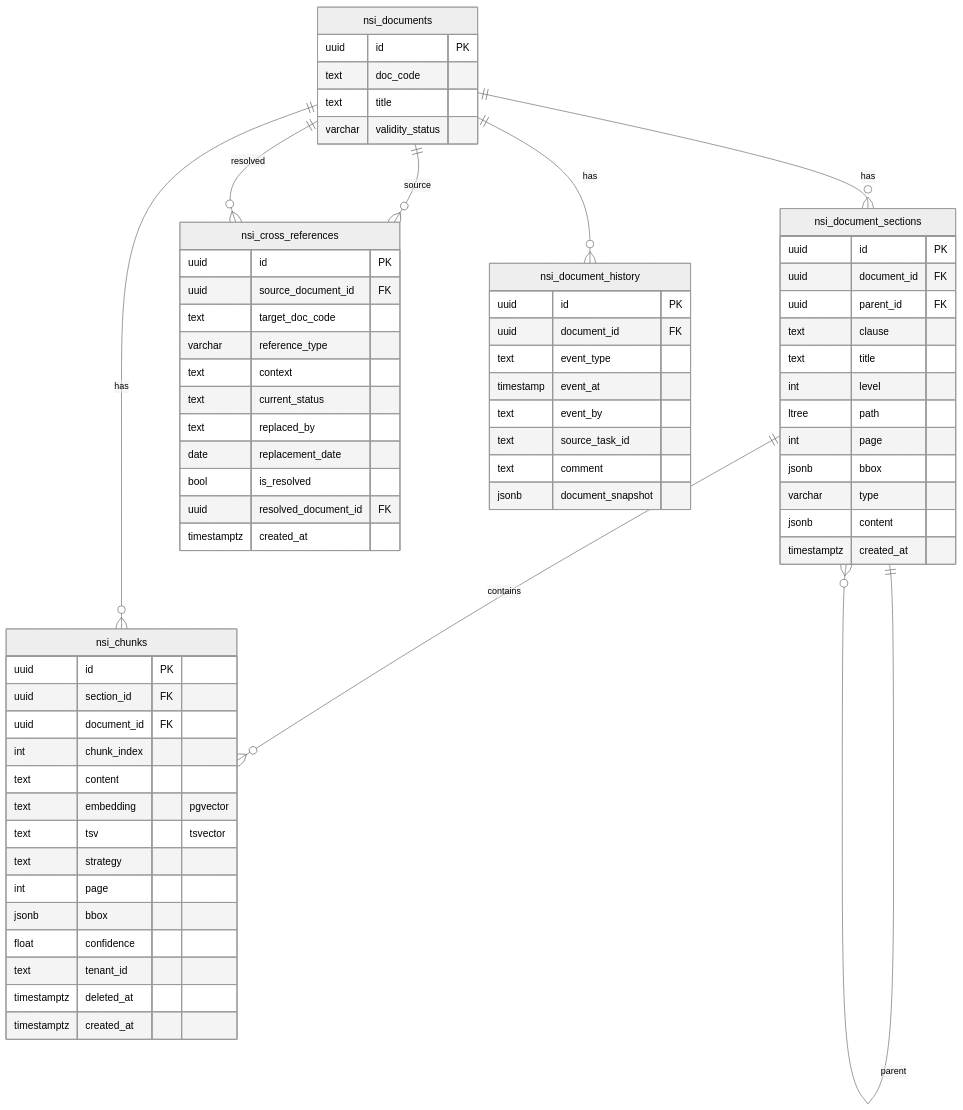
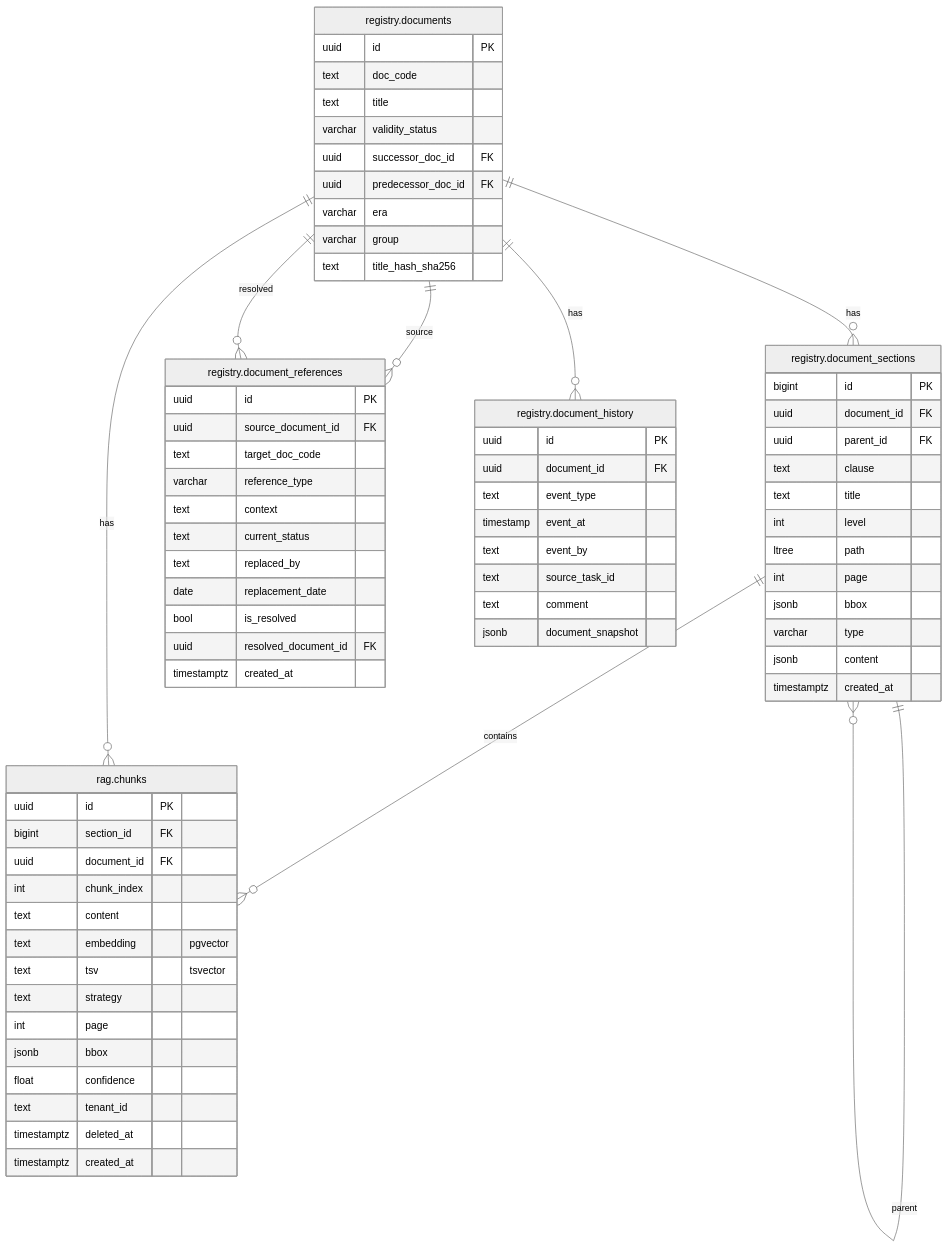
Before and after one commit to MasterKSAF/PKB: the diagram in docs/db_diagrams.md, drawn with Mermaid (neutral theme). The commit also changed other lines of this file and 14 other files, not shown here.

````diff
--- a/docs/db_diagrams.md
+++ b/docs/db_diagrams.md
@@ -9,74 +9,79 @@
 ```mermaid
 erDiagram
-    nsi_documents {
+    registry.documents {
         uuid id PK
         text doc_code
         text title
         varchar validity_status
+        uuid successor_doc_id FK
+        uuid predecessor_doc_id FK
+        varchar era
+        varchar group
+        text title_hash_sha256
     }
 
-    nsi_document_sections {
-        uuid id PK
+    registry.document_sections {
+        bigint id PK
         uuid document_id FK
         uuid parent_id FK
         text clause
         text title
         int level
         ltree path
         int page
         jsonb bbox
         varchar type
         jsonb content
         timestamptz created_at
     }
 
-    nsi_chunks {
+    rag.chunks {
         uuid id PK
-        uuid section_id FK
+        bigint section_id FK
         uuid document_id FK
         int chunk_index
         text content
         text embedding "pgvector"
         text tsv "tsvector"
         text strategy
         int page
         jsonb bbox
         float confidence
         text tenant_id
         timestamptz deleted_at
         timestamptz created_at
     }
 
-    nsi_cross_references {
+    registry.document_references {
         uuid id PK
         uuid source_document_id FK
         text target_doc_code
         varchar reference_type
         text context
         text current_status
         text replaced_by
         date replacement_date
         bool is_resolved
         uuid resolved_document_id FK
         timestamptz created_at
     }
 
-    nsi_document_history {
+    registry.document_history {
         uuid id PK
         uuid document_id FK
         text event_type
         timestamp event_at
         text event_by
         text source_task_id
         text comment
         jsonb document_snapshot
     }
 
-    nsi_documents ||--o{ nsi_document_sections : has
-    nsi_document_sections ||--o{ nsi_document_sections : parent
-    nsi_document_sections ||--o{ nsi_chunks : contains
-    nsi_documents ||--o{ nsi_cross_references : source
-    nsi_documents ||--o{ nsi_cross_references : resolved
-    nsi_documents ||--o{ nsi_chunks : has
-    nsi_documents ||--o{ nsi_document_history : has
+    registry.documents ||--o{ registry.document_sections : has
+    registry.document_sections ||--o{ registry.document_sections : parent
+    registry.document_sections ||--o{ rag.chunks : contains
+    registry.documents ||--o{ registry.document_references : source
+    registry.documents ||--o{ registry.document_references : resolved
+    registry.documents ||--o{ rag.chunks : has
+    registry.documents ||--o{ registry.document_history : has
 ```
````
